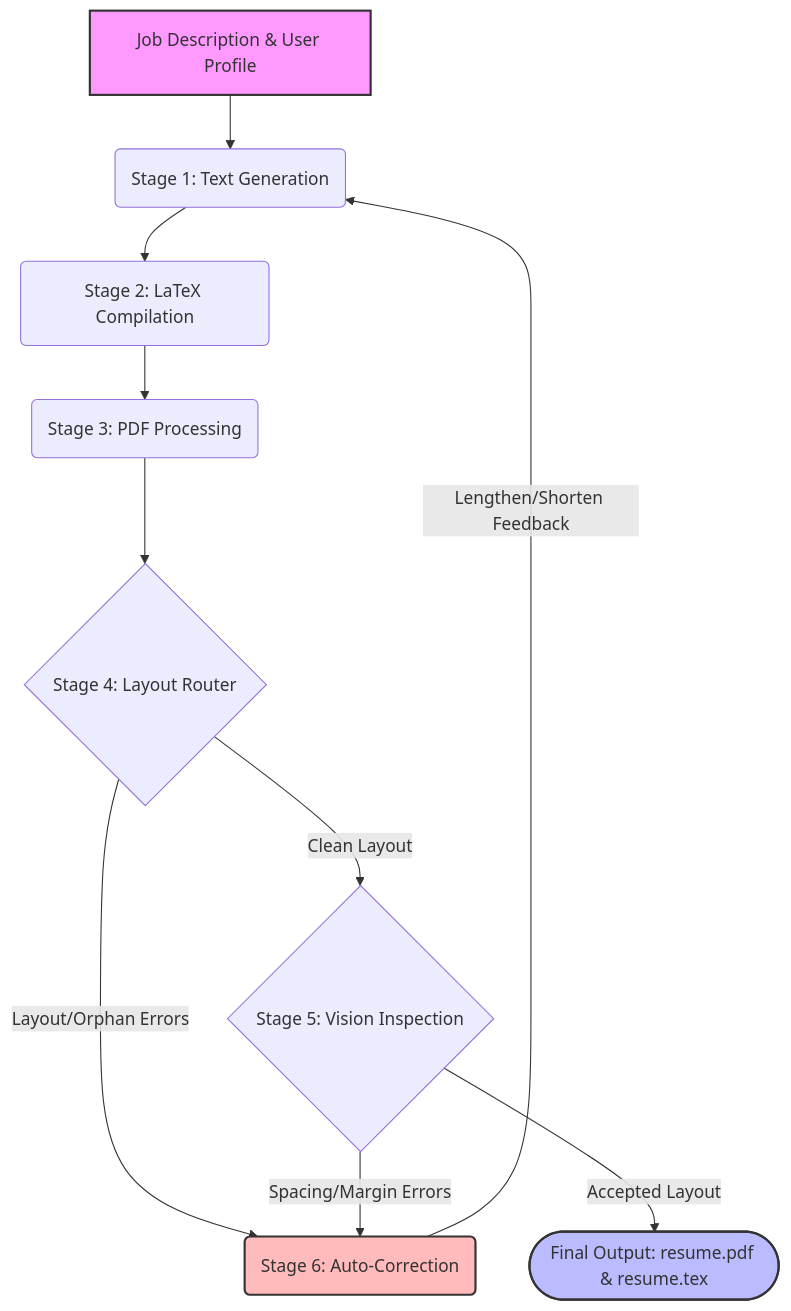
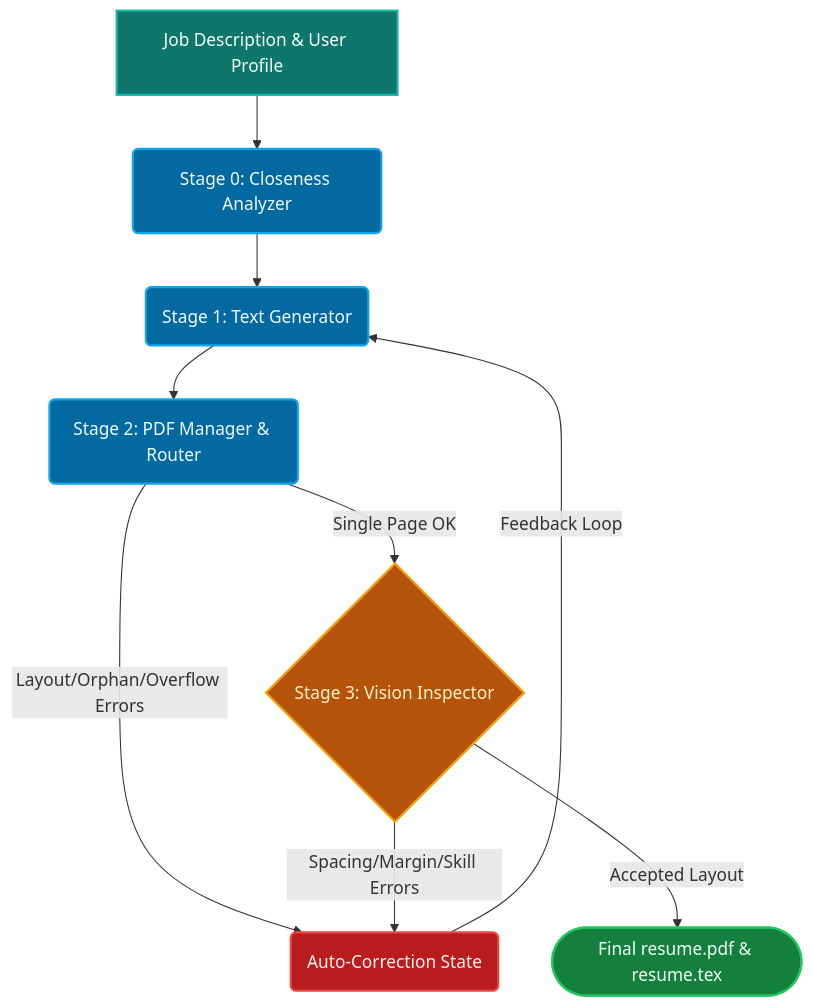
Before and after one commit to sagun-karki/multimodal-resume-compiler: the diagram in README.md, drawn with Mermaid. The commit also changed 14 other files, not shown here.

Commit message:
Refactor pipeline: Consolidate stages and utilities into minimalistic 4-stage architecture

````diff
--- a/README.md
+++ b/README.md
@@ -9,19 +9,21 @@
 ```mermaid
 graph TD
-    A[Job Description & User Profile] --> B(Stage 1: Text Generation)
-    B --> C(Stage 2: LaTeX Compilation)
-    C --> D(Stage 3: PDF Processing)
-    D --> E{Stage 4: Layout Router}
+    classDef default fill:#1E293B,stroke:#475569,stroke-width:2px,color:#F8FAFC;
+    classDef startNode fill:#0F766E,stroke:#14B8A6,stroke-width:2px,color:#F0FDFA;
+    classDef stageNode fill:#0369A1,stroke:#0EA5E9,stroke-width:2px,color:#F0F9FF;
+    classDef decisionNode fill:#B45309,stroke:#F59E0B,stroke-width:2px,color:#FEF3C7;
+    classDef successNode fill:#15803D,stroke:#22C55E,stroke-width:2px,color:#F0FDF4;
+    classDef failNode fill:#B91C1C,stroke:#EF4444,stroke-width:2px,color:#FEF2F2;
+
+    A[Job Description & User Profile]:::startNode --> B(Stage 0: Closeness Analyzer):::stageNode
+    B --> C(Stage 1: Text Generator):::stageNode
+    C --> D(Stage 2: PDF Manager & Router):::stageNode
     
-    E -->|Layout/Orphan Errors| F(Stage 6: Auto-Correction)
-    E -->|Clean Layout| G{Stage 5: Vision Inspection}
+    D -->|Layout/Orphan/Overflow Errors| E(Auto-Correction State):::failNode
+    D -->|Single Page OK| F{Stage 3: Vision Inspector}:::decisionNode
     
-    G -->|Spacing/Margin Errors| F
-    F -->|Lengthen/Shorten Feedback| B
+    F -->|Spacing/Margin/Skill Errors| E
+    E -->|Feedback Loop| C
     
-    G -->|Accepted Layout| H([Final Output: resume.pdf & resume.tex])
-    
-    style A fill:#f9f,stroke:#333,stroke-width:2px
-    style H fill:#bbf,stroke:#333,stroke-width:2px
-    style F fill:#fbb,stroke:#333,stroke-width:2px
+    F -->|Accepted Layout| G([Final resume.pdf & resume.tex]):::successNode
 ```
````
